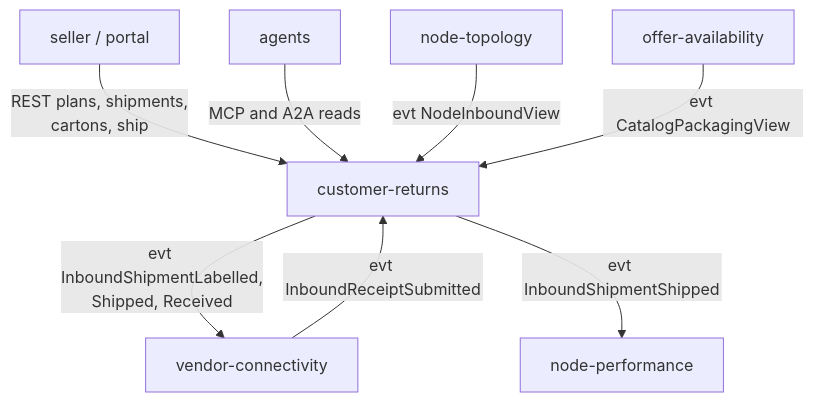
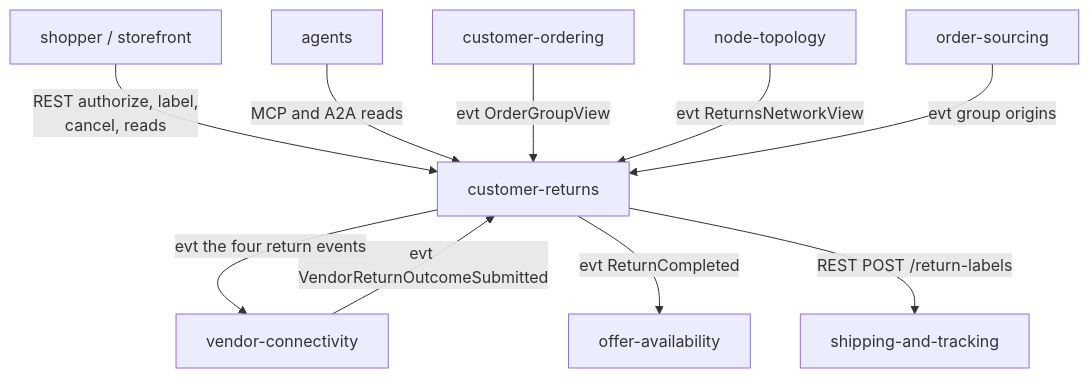
One commit to IQVO/customer-returns changed the diagram in docs/docs/ddd/bounded-context-canvas.md. Above: the diagram before and after it, drawn with Mermaid. The commit also changed other lines of this file and 13 other files, not shown here.

````diff
--- a/docs/docs/ddd/bounded-context-canvas.md
+++ b/docs/docs/ddd/bounded-context-canvas.md
@@ -13,17 +13,21 @@
 ```mermaid
 flowchart TB
-    SEL["seller / portal"]
+    SH["shopper / storefront"]
     AGT["agents"]
+    CO["customer-ordering"]
     NT["node-topology"]
+    OS["order-sourcing"]
+    CR["customer-returns"]
+    VC["vendor-connectivity"]
     OA["offer-availability"]
-    SI["customer-returns"]
-    VC["vendor-connectivity"]
-    NP["node-performance"]
-    SEL -->|"REST plans, shipments,<br/>cartons, ship"| SI
-    AGT -->|"MCP and A2A reads"| SI
-    NT -->|"evt NodeInboundView"| SI
-    OA -->|"evt CatalogPackagingView"| SI
-    VC -->|"evt InboundReceiptSubmitted"| SI
-    SI -->|"evt InboundShipmentLabelled,<br/>Shipped, Received"| VC
-    SI -->|"evt InboundShipmentShipped"| NP
+    ST["shipping-and-tracking"]
+    SH -->|"REST authorize, label,<br/>cancel, reads"| CR
+    AGT -->|"MCP and A2A reads"| CR
+    CO -->|"evt OrderGroupView"| CR
+    NT -->|"evt ReturnsNetworkView"| CR
+    OS -->|"evt group origins"| CR
+    VC -->|"evt VendorReturnOutcomeSubmitted"| CR
+    CR -->|"evt the four return events"| VC
+    CR -->|"evt ReturnCompleted"| OA
+    CR -->|"REST POST /return-labels"| ST
 ```
````
